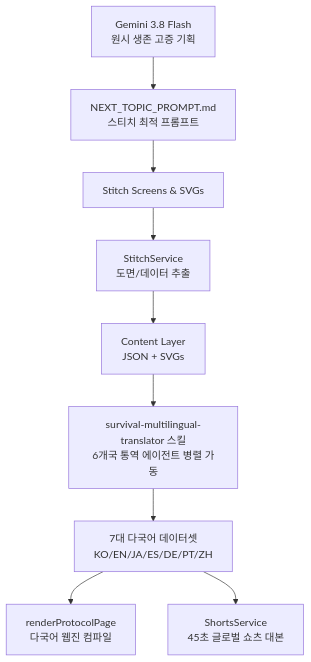
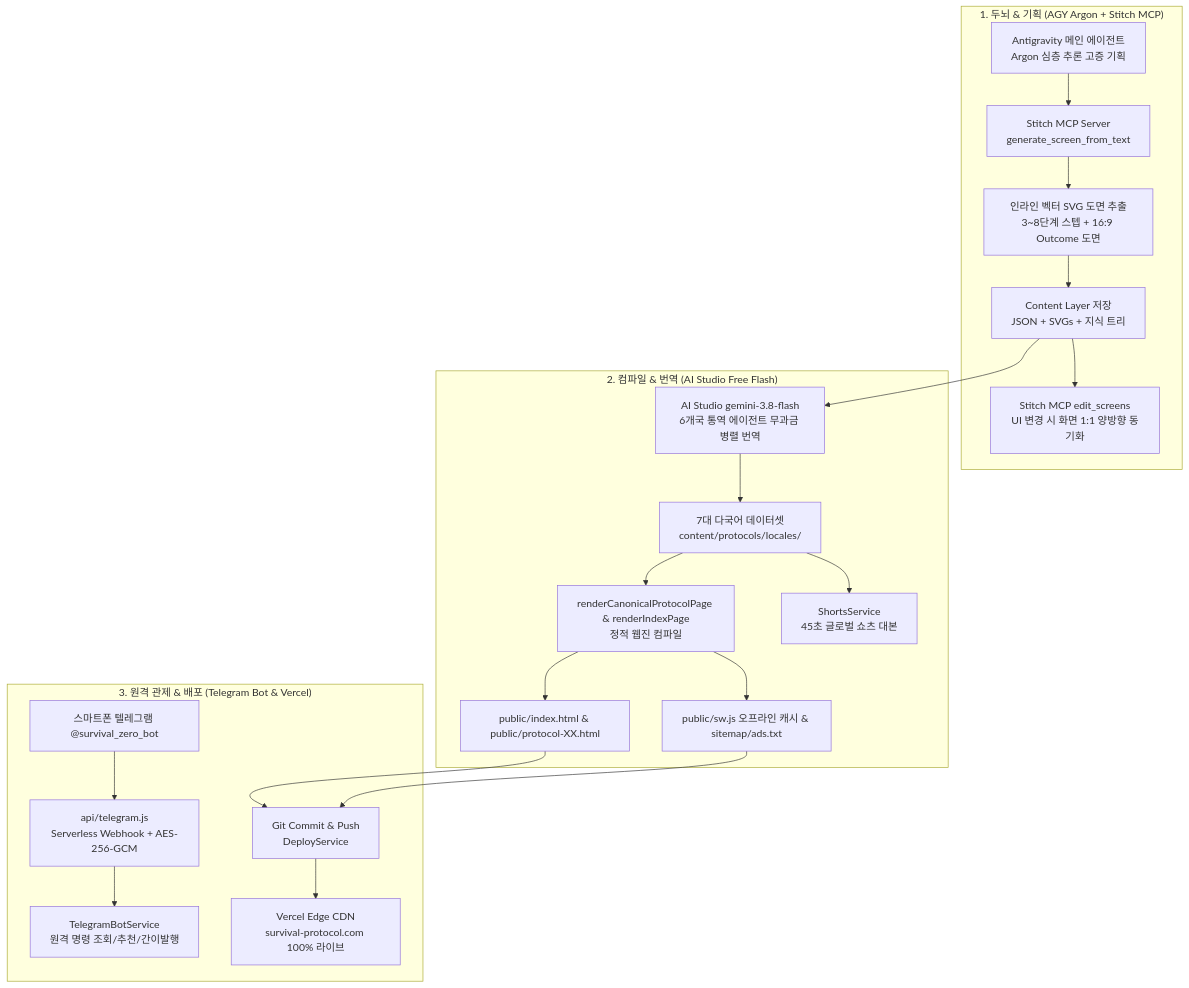
Before and after one commit to zozero94/survival-protocol: the diagram in PROJECT_SPEC.md, drawn with Mermaid. The commit also changed other lines of this file and 3 other files, not shown here.

Commit message:
docs: synchronize PROJECT_SPEC, README, NEXT_TOPIC_PROMPT with 7 protocols, 34 SVGs, 62 tests, and outcome specs

````diff
--- a/PROJECT_SPEC.md
+++ b/PROJECT_SPEC.md
@@ -14,11 +15,25 @@
 ```mermaid
 flowchart TD
-    A[Gemini 3.8 Flash<br/>원시 생존 고증 기획] --> B[NEXT_TOPIC_PROMPT.md<br/>스티치 최적 프롬프트]
-    B --> C[Stitch Screens & SVGs]
-    C --> D[StitchService<br/>도면/데이터 추출]
-    D --> E[Content Layer<br/>JSON + SVGs]
-    E --> F[survival-multilingual-translator 스킬<br/>6개국 통역 에이전트 병렬 가동]
-    F --> G[7대 다국어 데이터셋<br/>KO/EN/JA/ES/DE/PT/ZH]
-    G --> H[renderProtocolPage<br/>다국어 웹진 컴파일]
-    G --> I[ShortsService<br/>45초 글로벌 쇼츠 대본]
+    subgraph Tier1["1. 두뇌 & 기획 (AGY Argon + Stitch MCP)"]
+        A[Antigravity 메인 에이전트<br/>Argon 심층 추론 고증 기획] --> B[Stitch MCP Server<br/>generate_screen_from_text]
+        B --> C[인라인 벡터 SVG 도면 추출<br/>3~8단계 스텝 + 16:9 Outcome 도면]
+        C --> D[Content Layer 저장<br/>JSON + SVGs + 지식 트리]
+        D --> E[Stitch MCP edit_screens<br/>UI 변경 시 화면 1:1 양방향 동기화]
+    end
+
+    subgraph Tier2["2. 컴파일 & 번역 (AI Studio Free Flash)"]
+        D --> F[AI Studio gemini-3.8-flash<br/>6개국 통역 에이전트 무과금 병렬 번역]
+        F --> G[7대 다국어 데이터셋<br/>content/protocols/locales/]
+        G --> H[renderCanonicalProtocolPage & renderIndexPage<br/>정적 웹진 컴파일]
+        G --> I[ShortsService<br/>45초 글로벌 쇼츠 대본]
+        H --> J[public/index.html & public/protocol-XX.html]
+        H --> K[public/sw.js 오프라인 캐시 & sitemap/ads.txt]
+    end
+
+    subgraph Tier3["3. 원격 관제 & 배포 (Telegram Bot & Vercel)"]
+        L[스마트폰 텔레그램 @survival_zero_bot] --> M[api/telegram.js<br/>Serverless Webhook + AES-256-GCM]
+        M --> N[TelegramBotService<br/>원격 명령 조회/추천/간이발행]
+        J & K --> O[Git Commit & Push<br/>DeployService]
+        O --> P[Vercel Edge CDN<br/>survival-protocol.com 100% 라이브]
+    end
 ```
````
